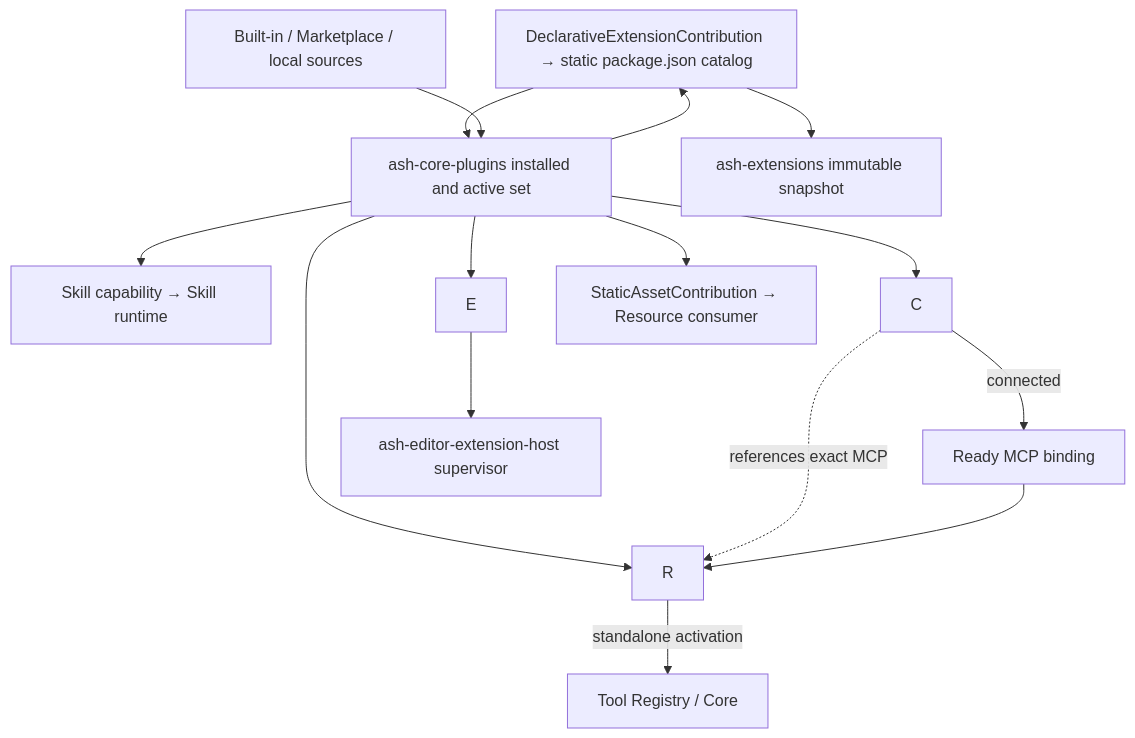
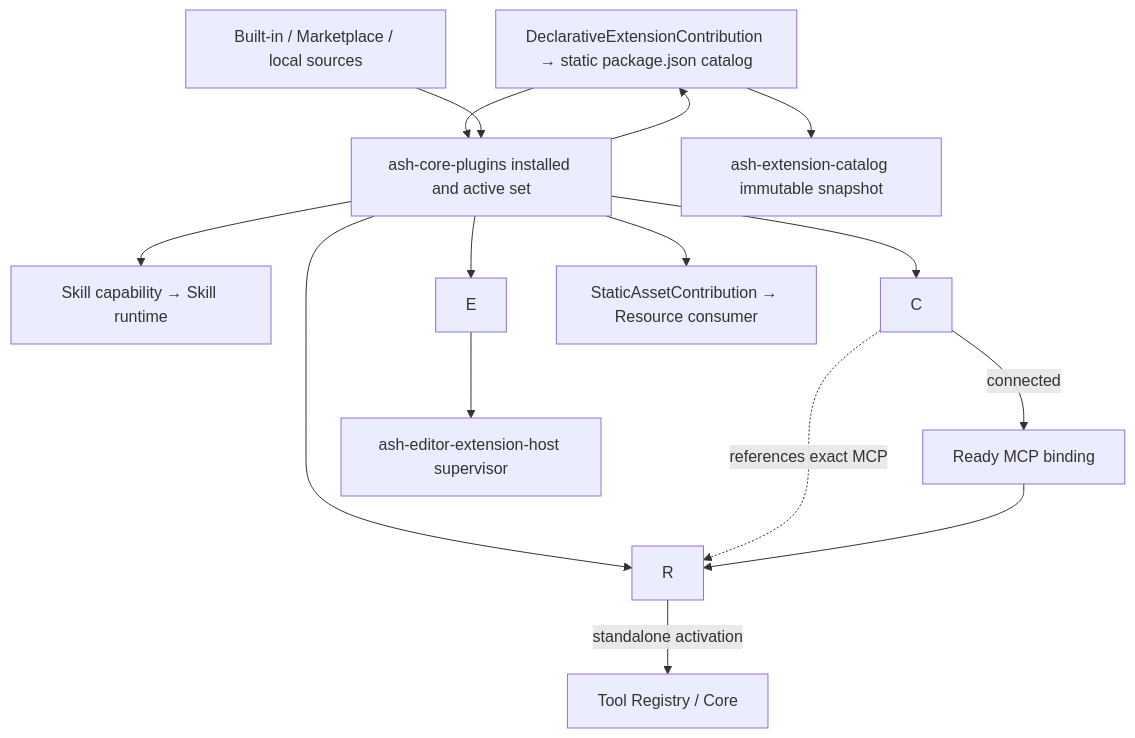
One commit to chogng/ash changed the diagram in docs/plugins.md. Above: the diagram before and after it, drawn with Mermaid. The commit also changed other lines of this file and 356 other files, not shown here.

````diff
--- a/docs/plugins.md
+++ b/docs/plugins.md
@@ -62,17 +72,17 @@
 ```mermaid
 flowchart TD
     D["ash-plugin definitions"] --> P["ash-core-plugins installed and active set"]
     M["Built-in / Marketplace / local sources"] --> P
     P --> S["Skill capability → Skill runtime"]
     P --> C
     P --> R
     P --> E
     P --> D["DeclarativeExtensionContribution → static package.json catalog"]
     P --> A["StaticAssetContribution → Resource consumer"]
     C -. "references exact MCP" .-> R
     C -->|"connected"| B["Ready MCP binding"]
     R -->|"standalone activation"| T["Tool Registry / Core"]
     E --> H["ash-editor-extension-host supervisor"]
-    D --> X["ash-extensions immutable snapshot"]
+    D --> X["ash-extension-catalog immutable snapshot"]
     B --> R
 ```
````
